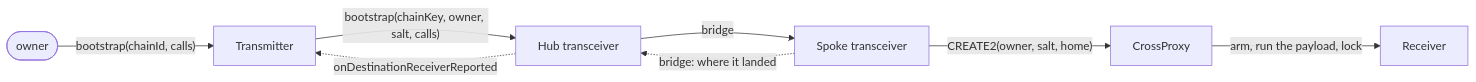
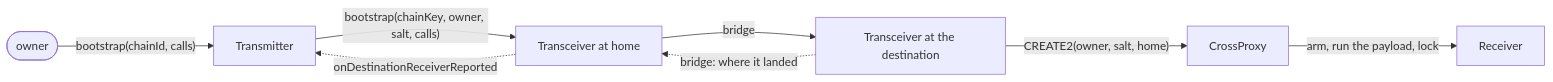
Before and after one commit to crossecute/protocol: the fourth of 4 diagrams in docs/message-flow.md, drawn with Mermaid. The commit also changed other lines of this file, not shown here.

Commit message:
docs(message-flow): one transceiver per chain, and the home as the authenticated origin

````diff
--- a/docs/message-flow.md
+++ b/docs/message-flow.md
@@ -108,10 +109,10 @@
 ```mermaid
 flowchart LR
     Owner([owner]) -->|"bootstrap(chainId, calls)"| Tx[Transmitter]
-    Tx -->|"bootstrap(chainKey, owner, salt, calls)"| Hub[Hub transceiver]
-    Hub -->|"bridge"| Spoke[Spoke transceiver]
-    Spoke -->|"CREATE2(owner, salt, home)"| Proxy[CrossProxy]
+    Tx -->|"bootstrap(chainKey, owner, salt, calls)"| Home[Transceiver at home]
+    Home -->|"bridge"| Dest[Transceiver at the destination]
+    Dest -->|"CREATE2(owner, salt, home)"| Proxy[CrossProxy]
     Proxy -->|"arm, run the payload, lock"| Rx[Receiver]
-    Spoke -.->|"bridge: where it landed"| Hub
-    Hub -.->|"onDestinationReceiverReported"| Tx
+    Dest -.->|"bridge: where it landed"| Home
+    Home -.->|"onDestinationReceiverReported"| Tx
 ```
````
